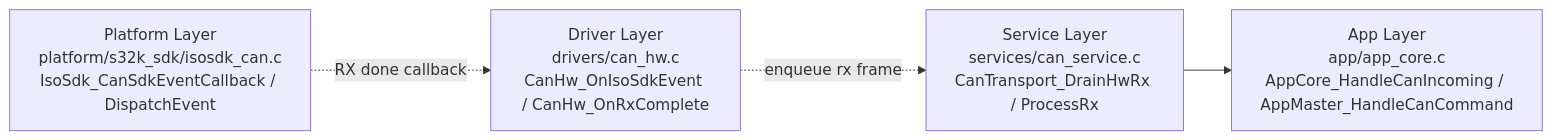
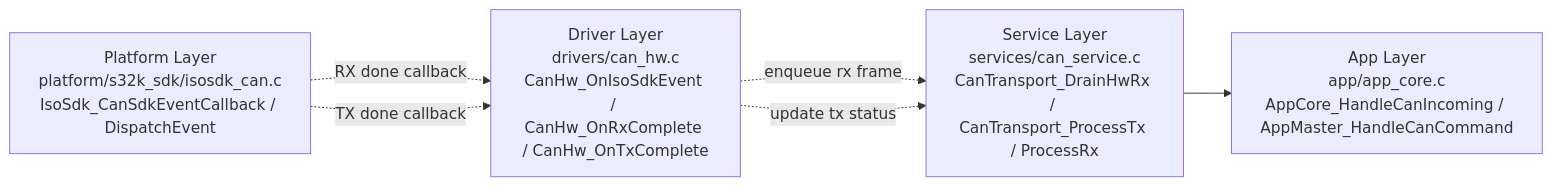
Before and after one commit to leejh63/submit_subject: diagram 13 of 18 in embeded/re_5/s32k_task_layer_maps.md, drawn with Mermaid. The commit also changed other lines of this file and 5 other files, not shown here.

````diff
--- a/embeded/re_5/s32k_task_layer_maps.md
+++ b/embeded/re_5/s32k_task_layer_maps.md
@@ -206,11 +208,13 @@
 ```mermaid
 flowchart LR
   PLT["Platform Layer<br/>platform/s32k_sdk/isosdk_can.c<br/>IsoSdk_CanSdkEventCallback / DispatchEvent"]
-  DRV["Driver Layer<br/>drivers/can_hw.c<br/>CanHw_OnIsoSdkEvent / CanHw_OnRxComplete"]
-  SVC["Service Layer<br/>services/can_service.c<br/>CanTransport_DrainHwRx / ProcessRx"]
+  DRV["Driver Layer<br/>drivers/can_hw.c<br/>CanHw_OnIsoSdkEvent / CanHw_OnRxComplete / CanHw_OnTxComplete"]
+  SVC["Service Layer<br/>services/can_service.c<br/>CanTransport_DrainHwRx / CanTransport_ProcessTx / ProcessRx"]
   APP["App Layer<br/>app/app_core.c<br/>AppCore_HandleCanIncoming / AppMaster_HandleCanCommand"]
 
   PLT -. RX done callback .-> DRV
   DRV -. enqueue rx frame .-> SVC
+  PLT -. TX done callback .-> DRV
+  DRV -. update tx status .-> SVC
   SVC --> APP
 ```
````
